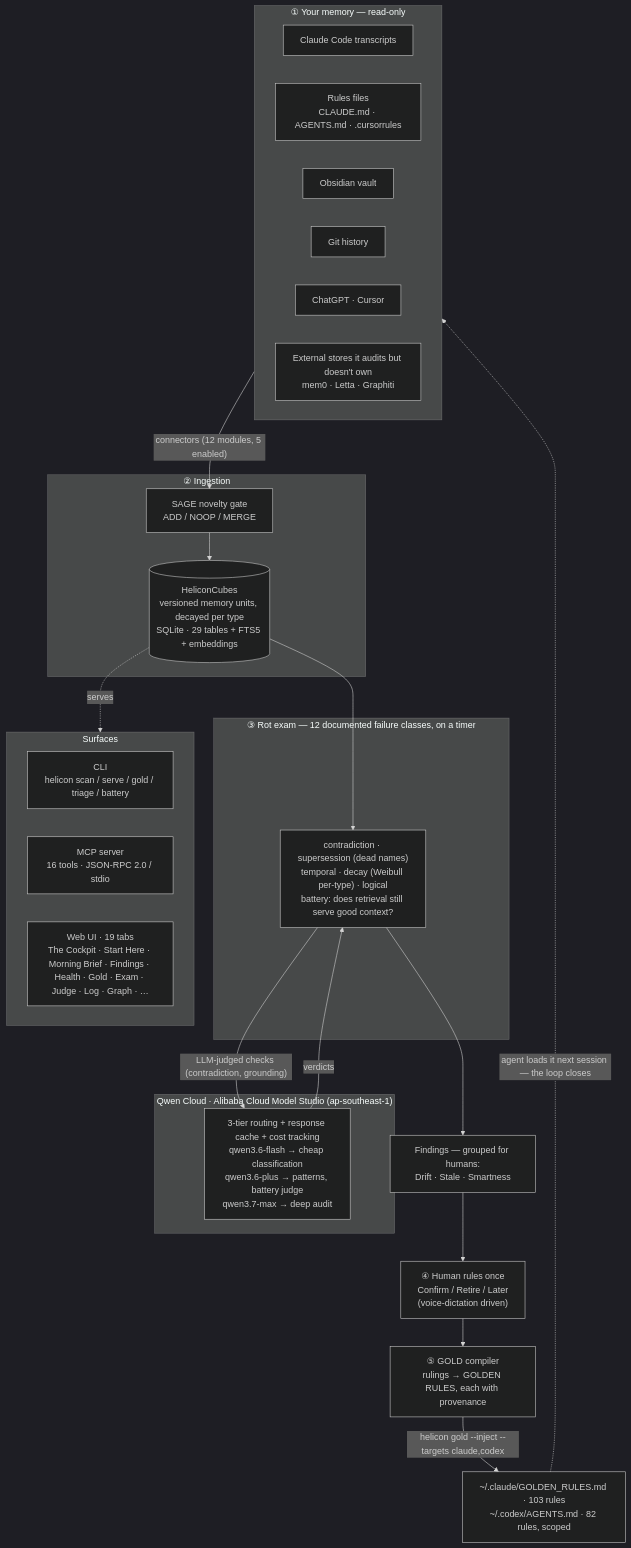
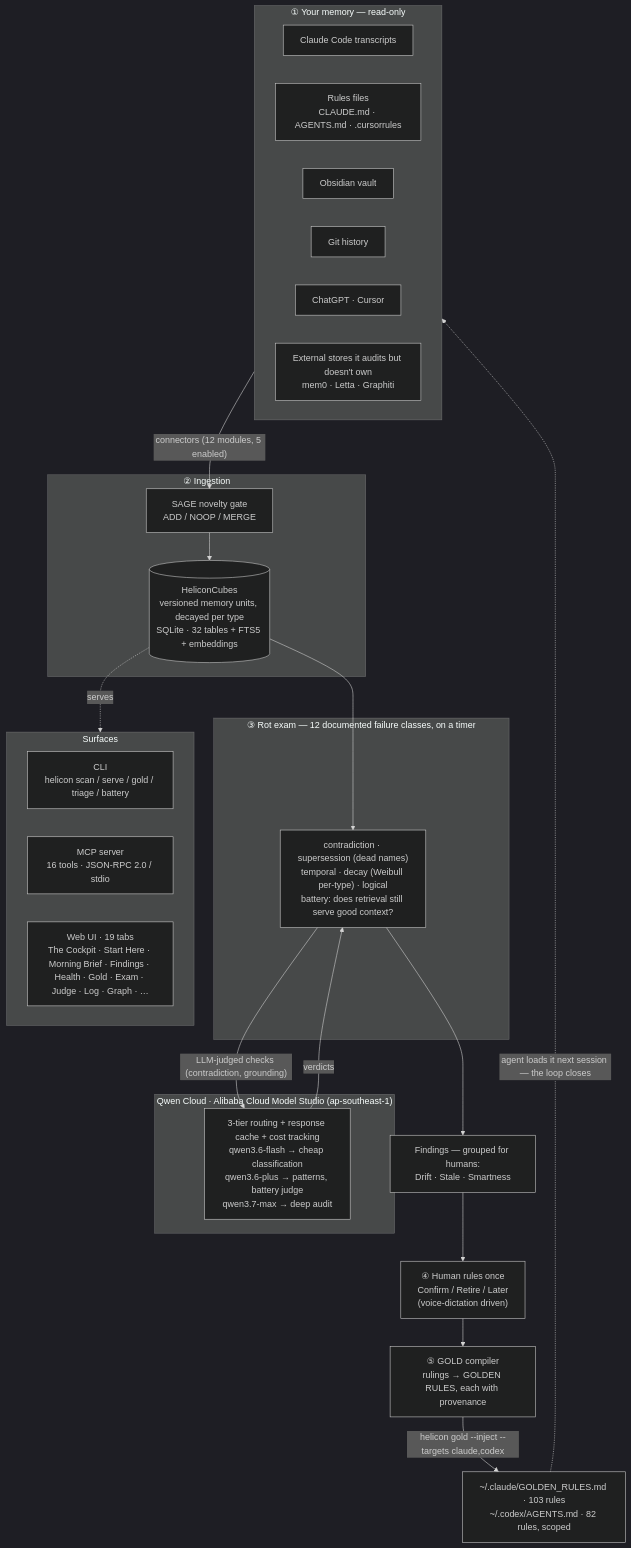
The first of 2 diagrams in ARCHITECTURE.md (Morkeeth/mountain-of-helicon), drawn with Mermaid (dark theme) before and after one commit. The commit also changed other lines of this file and 9 other files, not shown here.

````diff
--- a/ARCHITECTURE.md
+++ b/ARCHITECTURE.md
@@ -11,45 +11,45 @@
 ```mermaid
 flowchart TD
   subgraph SRC["① Your memory — read-only"]
     A1["Claude Code transcripts"]
     A2["Rules files<br/>CLAUDE.md · AGENTS.md · .cursorrules"]
     A3["Obsidian vault"]
     A4["Git history"]
     A5["ChatGPT · Cursor"]
     A6["External stores it audits but doesn't own<br/>mem0 · Letta · Graphiti"]
   end
 
   SRC -->|"connectors (12 modules, 5 enabled)"| GATE
 
   subgraph INGEST["② Ingestion"]
     GATE["SAGE novelty gate<br/>ADD / NOOP / MERGE"]
-    CUBES[("HeliconCubes<br/>versioned memory units, decayed per type<br/>SQLite · 29 tables + FTS5 + embeddings")]
+    CUBES[("HeliconCubes<br/>versioned memory units, decayed per type<br/>SQLite · 32 tables + FTS5 + embeddings")]
     GATE --> CUBES
   end
 
   CUBES --> EXAM
 
   subgraph AUDIT["③ Rot exam — 12 documented failure classes, on a timer"]
     EXAM["contradiction · supersession (dead names)<br/>temporal · decay (Weibull per-type) · logical<br/>battery: does retrieval still serve good context?"]
   end
 
   EXAM -->|"LLM-judged checks (contradiction, grounding)"| QWEN
   QWEN -->|verdicts| EXAM
 
   subgraph QWENC["Qwen Cloud · Alibaba Cloud Model Studio (ap-southeast-1)"]
     QWEN["3-tier routing + response cache + cost tracking<br/>qwen3.6-flash → cheap classification<br/>qwen3.6-plus → patterns, battery judge<br/>qwen3.7-max → deep audit"]
   end
 
   EXAM --> FIND["Findings — grouped for humans:<br/>Drift · Stale · Smartness"]
   FIND --> HUMAN["④ Human rules once<br/>Confirm / Retire / Later<br/>(voice-dictation driven)"]
   HUMAN --> GOLD["⑤ GOLD compiler<br/>rulings → GOLDEN RULES, each with provenance"]
   GOLD -->|"helicon gold --inject --targets claude,codex"| INJECT["~/.claude/GOLDEN_RULES.md · 103 rules<br/>~/.codex/AGENTS.md · 82 rules, scoped"]
   INJECT -.->|"agent loads it next session — the loop closes"| SRC
 
   CUBES -.serves.-> SURF
   subgraph SURF["Surfaces"]
     CLI["CLI<br/>helicon scan / serve / gold / triage / battery"]
     MCP["MCP server<br/>16 tools · JSON-RPC 2.0 / stdio"]
     WEB["Web UI · 19 tabs<br/>The Cockpit · Start Here · Morning Brief · Findings · Health · Gold · Exam · Judge · Log · Graph · …"]
   end
 ```
````
